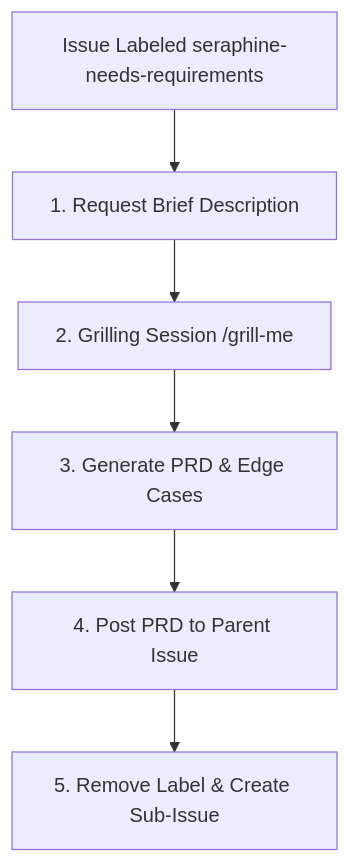
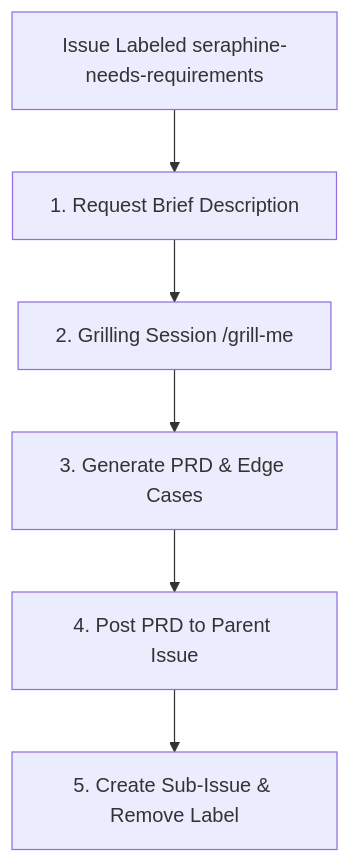
The diagram in .agent/workflows/seraphine-needs-requirements.md (brotherlogic/seraphine), drawn with Mermaid before and after one commit. The commit also changed other lines of this file and 7 other files, not shown here.

````diff
--- a/.agent/workflows/seraphine-needs-requirements.md
+++ b/.agent/workflows/seraphine-needs-requirements.md
@@ -7,8 +7,8 @@
 ```mermaid
 graph TD
     A[Issue Labeled seraphine-needs-requirements] --> B[1. Request Brief Description]
     B --> C[2. Grilling Session /grill-me]
     C --> D[3. Generate PRD & Edge Cases]
     D --> E[4. Post PRD to Parent Issue]
-    E --> F[5. Remove Label & Create Sub-Issue]
+    E --> F[5. Create Sub-Issue & Remove Label]
 ```
````
